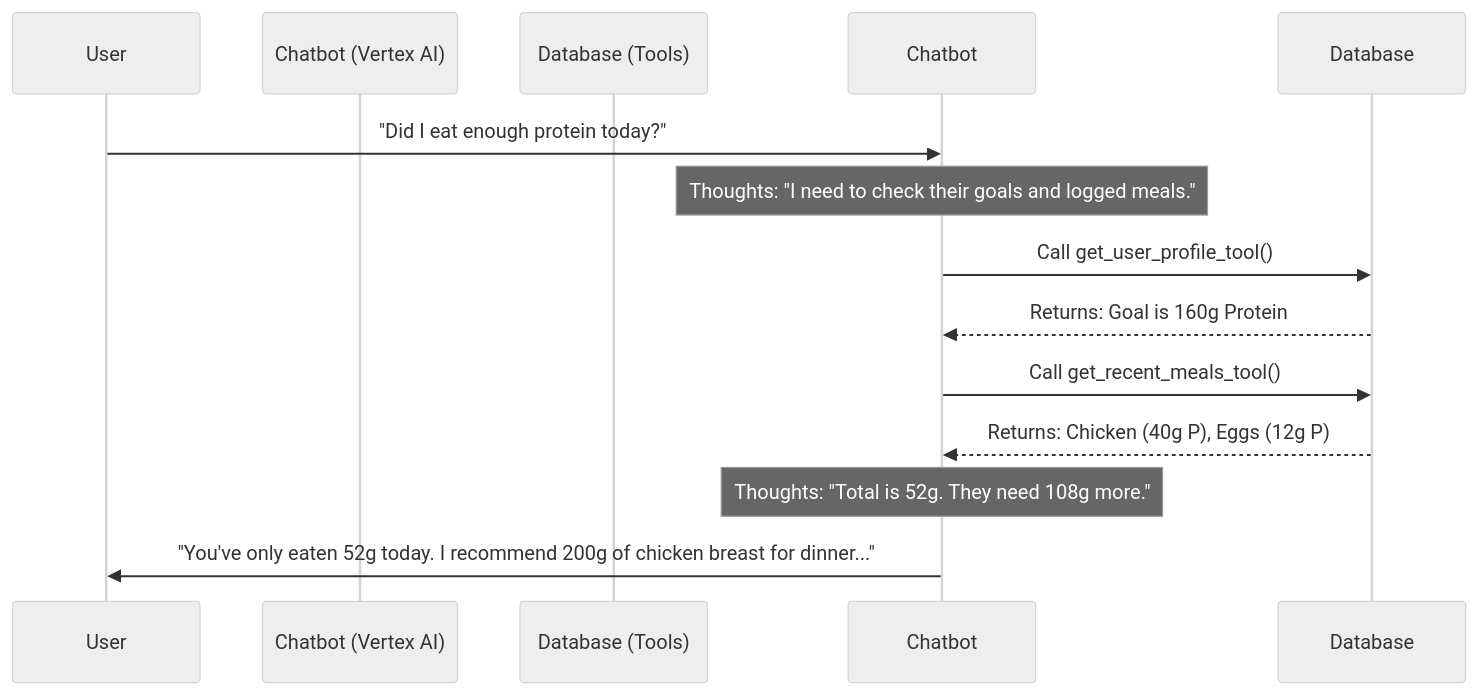
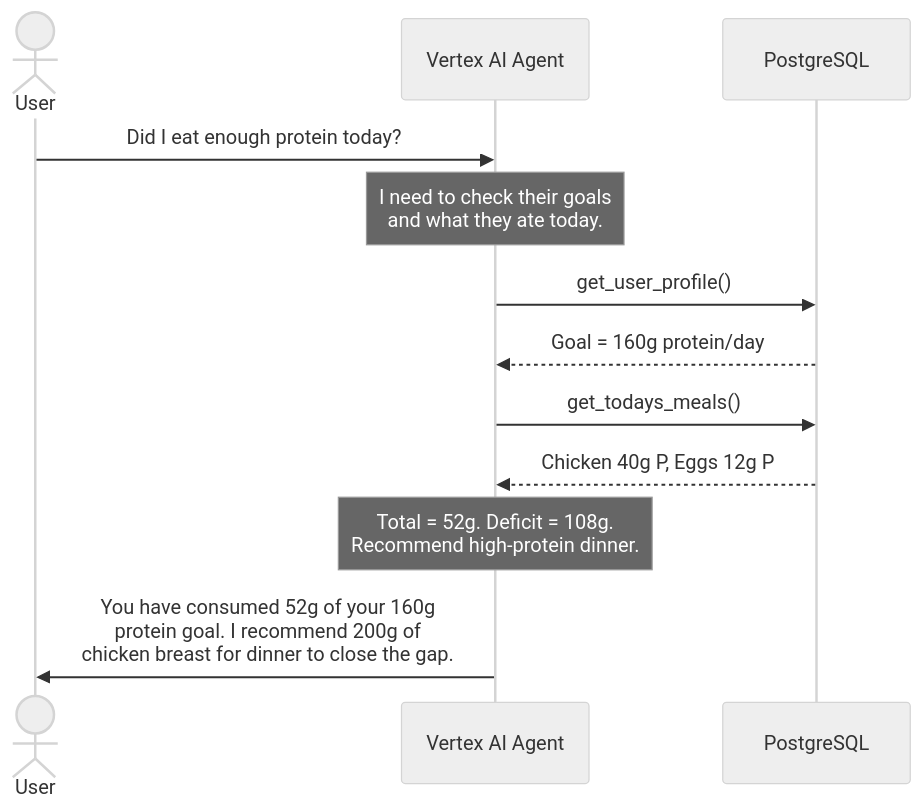
The third of 4 diagrams in README.md (kavyajshah240706/CalAi), drawn with Mermaid (neutral theme) before and after one commit. The commit also changed other lines of this file, not shown here.

Commit message:
docs: complete README rewrite with fixed Mermaid diagrams, architecture flowcharts, and deployment pipeline

````diff
--- a/README.md
+++ b/README.md
@@ -62,15 +157,20 @@
 ```mermaid
 sequenceDiagram
-    participant User
-    participant Chatbot (Vertex AI)
-    participant Database (Tools)
-    
-    User->>Chatbot: "Did I eat enough protein today?"
-    Note over Chatbot: Thoughts: "I need to check their goals and logged meals."
-    Chatbot->>Database: Call get_user_profile_tool()
-    Database-->>Chatbot: Returns: Goal is 160g Protein
-    Chatbot->>Database: Call get_recent_meals_tool()
-    Database-->>Chatbot: Returns: Chicken (40g P), Eggs (12g P)
-    Note over Chatbot: Thoughts: "Total is 52g. They need 108g more."
-    Chatbot->>User: "You've only eaten 52g today. I recommend 200g of chicken breast for dinner..."
+    actor User
+    participant Chatbot as Vertex AI Agent
+    participant DB as PostgreSQL
+
+    User->>Chatbot: Did I eat enough protein today?
+
+    Note over Chatbot: I need to check their goals<br>and what they ate today.
+
+    Chatbot->>DB: get_user_profile()
+    DB-->>Chatbot: Goal = 160g protein/day
+
+    Chatbot->>DB: get_todays_meals()
+    DB-->>Chatbot: Chicken 40g P, Eggs 12g P
+
+    Note over Chatbot: Total = 52g. Deficit = 108g.<br>Recommend high-protein dinner.
+
+    Chatbot->>User: You have consumed 52g of your 160g<br>protein goal. I recommend 200g of<br>chicken breast for dinner to close the gap.
 ```
````
